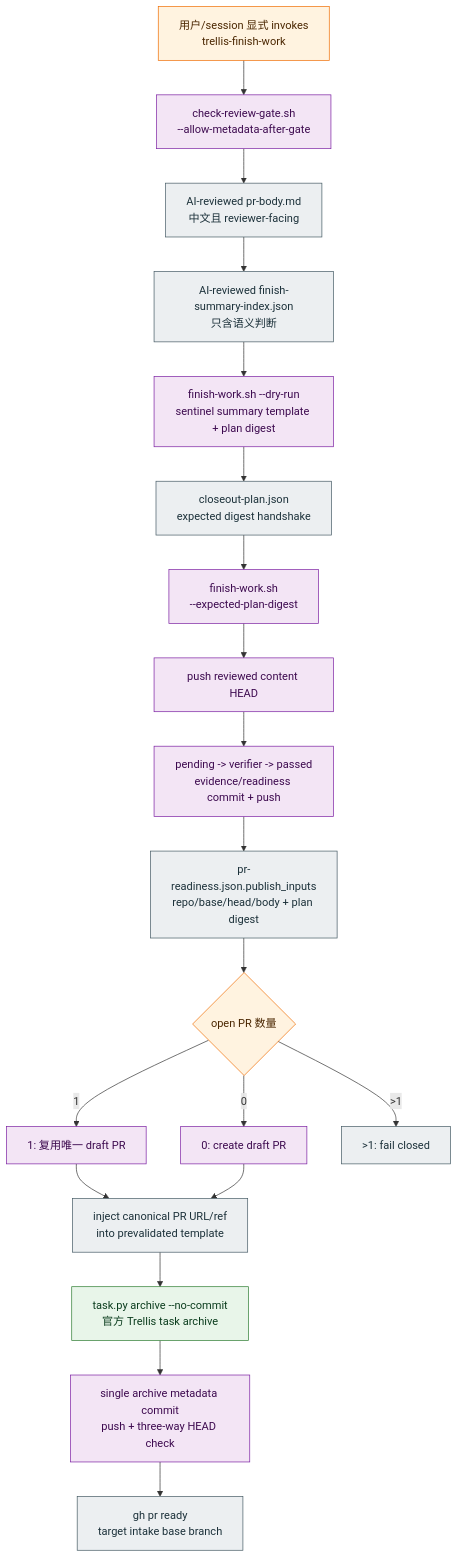
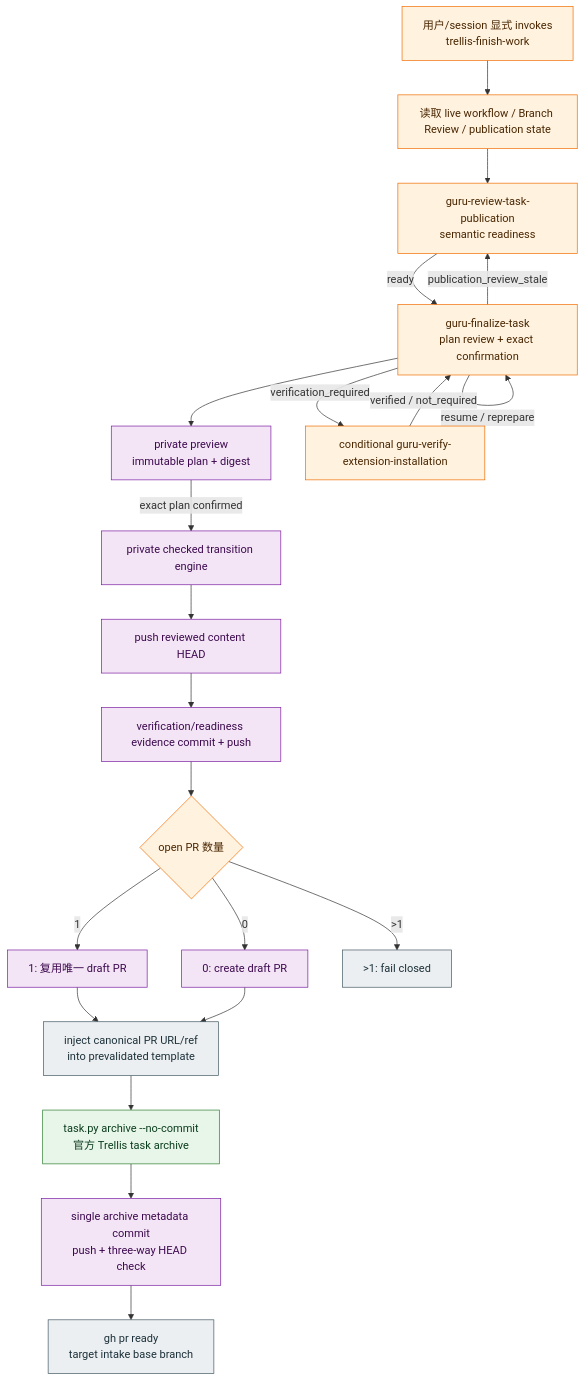
Before and after one commit to castbox/guru-trellis: the sixth of 7 diagrams in docs/requirements/guru-team-trellis-flow.md, drawn with Mermaid. The commit also changed other lines of this file and 584 other files, not shown here.

````diff
--- a/docs/requirements/guru-team-trellis-flow.md
+++ b/docs/requirements/guru-team-trellis-flow.md
@@ -685,31 +697,34 @@
 ```mermaid
 flowchart TD
   Start["用户/session 显式 invokes<br/>trellis-finish-work"]:::guru
-  CheckGate["check-review-gate.sh<br/>--allow-metadata-after-gate"]:::script
-  Body["AI-reviewed pr-body.md<br/>中文且 reviewer-facing"]:::artifact
-  Dry["finish-work.sh --dry-run<br/>sentinel summary template + plan digest"]:::script
-  Index["AI-reviewed finish-summary-index.json<br/>只含语义判断"]:::artifact
-  Plan["closeout-plan.json<br/>expected digest handshake"]:::artifact
-  Readiness["pr-readiness.json.publish_inputs<br/>repo/base/head/body + plan digest"]:::artifact
-  Formal["finish-work.sh<br/>--expected-plan-digest"]:::script
+  Live["读取 live workflow / Branch Review / publication state"]:::guru
+  Publication["guru-review-task-publication<br/>semantic readiness"]:::guru
+  Finalizer["guru-finalize-task<br/>plan review + exact confirmation"]:::guru
+  Dry["private preview<br/>immutable plan + digest"]:::script
+  Verify["conditional guru-verify-extension-installation"]:::guru
+  Formal["private checked transition engine"]:::script
   Content["push reviewed content HEAD"]:::script
-  Verify["pending -> verifier -> passed<br/>evidence/readiness commit + push"]:::script
+  Evidence["verification/readiness evidence commit + push"]:::script
   Resolve{"open PR 数量"}:::guru
   Reuse["1: 复用唯一 draft PR"]:::script
   Create["0: create draft PR"]:::script
   Block["&gt;1: fail closed"]:::artifact
   Final["inject canonical PR URL/ref<br/>into prevalidated template"]:::artifact
   Archive["task.py archive --no-commit<br/>官方 Trellis task archive"]:::trellis
   MetaCommit["single archive metadata commit<br/>push + three-way HEAD check"]:::script
   PR["gh pr ready<br/>target intake base branch"]:::artifact
 
-  Start --> CheckGate --> Body --> Index --> Dry --> Plan --> Formal --> Content --> Verify --> Readiness --> Resolve
+  Start --> Live --> Publication -->|"ready"| Finalizer --> Dry -->|"exact plan confirmed"| Formal --> Content
+  Finalizer -->|"verification_required"| Verify -->|"verified / not_required"| Finalizer
+  Finalizer -->|"publication_review_stale"| Publication
+  Finalizer -->|"resume / reprepare"| Finalizer
+  Content --> Evidence --> Resolve
   Resolve -->|"1"| Reuse --> Final --> Archive --> MetaCommit --> PR
   Resolve -->|"0"| Create --> Final
   Resolve -->|"&gt;1"| Block
 
   classDef trellis fill:#E8F5E9,stroke:#2E7D32,color:#0B3D1E;
   classDef guru fill:#FFF3E0,stroke:#EF6C00,color:#4A2600;
   classDef script fill:#F3E5F5,stroke:#7B1FA2,color:#3D0A4F;
   classDef artifact fill:#ECEFF1,stroke:#455A64,color:#1C313A;
 ```
````
